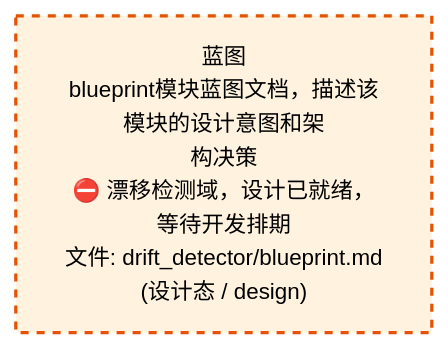
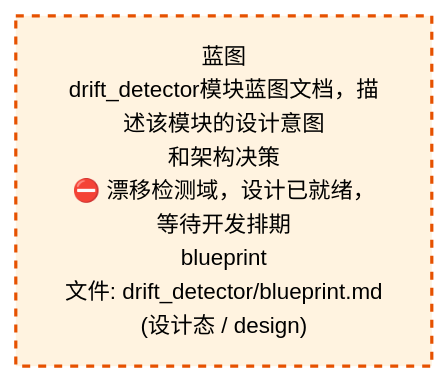
One commit to xuanFelixVan/ZephyrAlpha changed the third of 4 diagrams in docs/02_enterprise_architecture/02_domain_architecture_docs/52_d_gov_drift.md. Above: the diagram before and after it, drawn with Mermaid. The commit also changed other lines of this file and 59 other files, not shown here.

````diff
--- a/docs/02_enterprise_architecture/02_domain_architecture_docs/52_d_gov_drift.md
+++ b/docs/02_enterprise_architecture/02_domain_architecture_docs/52_d_gov_drift.md
@@ -457,10 +457,10 @@
 ```mermaid
 %%{init: {'theme': 'base', 'themeVariables': {'primaryColor': '#eaeaea', 'primaryTextColor': '#333333', 'primaryBorderColor': '#666666', 'lineColor': '#666666', 'secondaryColor': '#eaeaea', 'tertiaryColor': '#eaeaea', 'fontSize': '14px'}}}%%
 flowchart TD
-    docs_03_modules_domain_governance_drift_detector_blueprint_md["蓝图<br/>blueprint模块蓝图文档，描述该模块的设计意图和架<br/>构决策<br/>⛔ 漂移检测域，设计已就绪，等待开发排期<br/>文件: drift_detector/blueprint.md<br/>(设计态 / design)"]
+    docs_03_modules_domain_governance_drift_detector_blueprint_md["蓝图<br/>drift_detector模块蓝图文档，描述该模块的设计意图<br/>和架构决策<br/>⛔ 漂移检测域，设计已就绪，等待开发排期<br/>blueprint<br/>文件: drift_detector/blueprint.md<br/>(设计态 / design)"]
     classDef production fill:#e1f5fe,stroke:#01579b,stroke-width:2px,color:#000
     classDef design fill:#fff3e0,stroke:#e65100,stroke-width:2px,color:#000,stroke-dasharray: 5 5
     classDef external_prod fill:#e8f4fd,stroke:#0277bd,stroke-width:1px,color:#000
     classDef external_design fill:#fff8e7,stroke:#ef6c00,stroke-width:1px,color:#000,stroke-dasharray: 5 5
     class docs_03_modules_domain_governance_drift_detector_blueprint_md design
 ```
````
